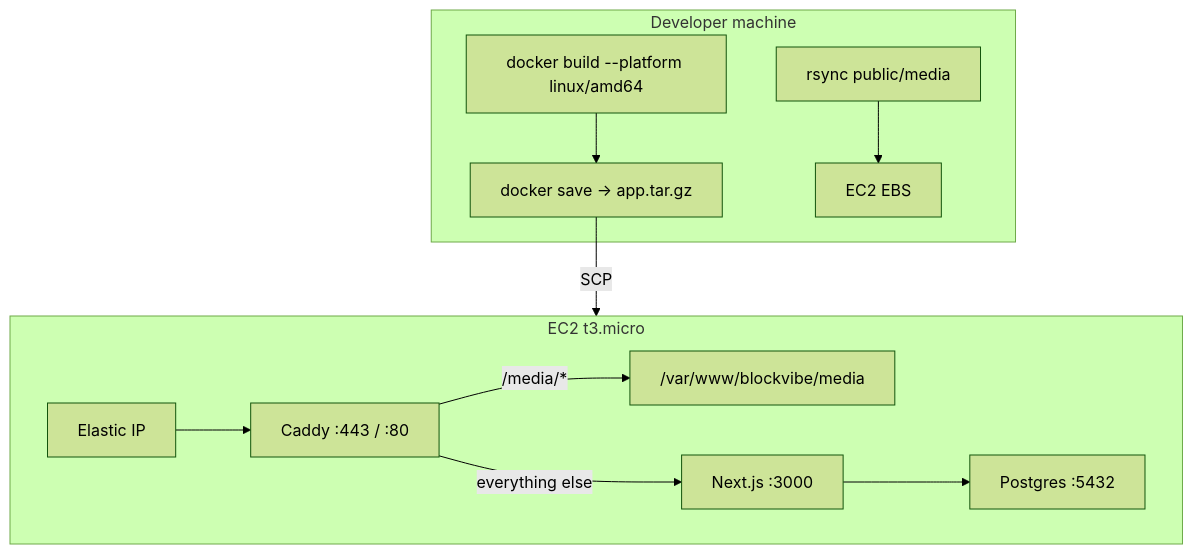
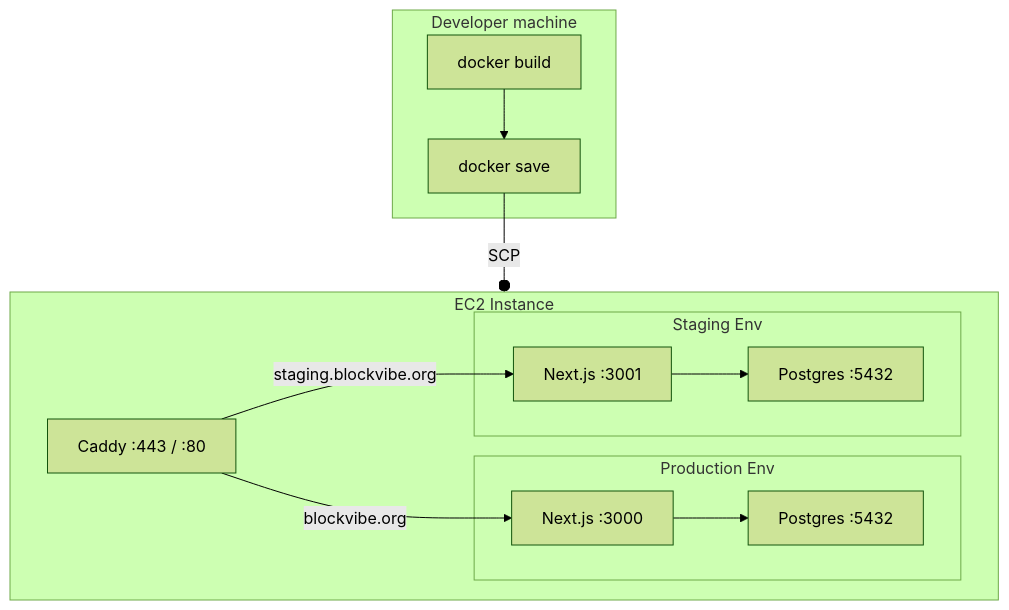
Before and after one commit to MyNeighborhod/blockvibe-monorepo: the first of 2 diagrams in apps/payload-web/docs/deployment/readme.md, drawn with Mermaid (forest theme). The commit also changed other lines of this file and 20 other files, not shown here.

````diff
--- a/apps/payload-web/docs/deployment/readme.md
+++ b/apps/payload-web/docs/deployment/readme.md
@@ -43,16 +69,23 @@
 ```mermaid
 graph TD
     subgraph Localhost ["Developer machine"]
-        A[docker build --platform linux/amd64] --> B[docker save → app.tar.gz]
-        C[rsync public/media] --> D[EC2 EBS]
+        A[docker build] --> B[docker save]
     end
 
-    subgraph AWS ["EC2 t3.micro"]
-        IP[Elastic IP] --> Caddy[Caddy :443 / :80]
-        Caddy -- "/media/*" --> Vol["/var/www/blockvibe/media"]
-        Caddy -- "everything else" --> Node[Next.js :3000]
-        Node --> Postgres[Postgres :5432]
+    subgraph AWS ["EC2 Instance"]
+        Caddy[Caddy :443 / :80]
+
+        subgraph Prod_Env ["Production Env"]
+            NodeProd[Next.js :3000] --> DBProd[Postgres :5432]
+        end
+
+        subgraph Staging_Env ["Staging Env"]
+            NodeStage[Next.js :3001] --> DBStage[Postgres :5432]
+        end
+
+        Caddy -- "blockvibe.org" --> NodeProd
+        Caddy -- "staging.blockvibe.org" --> NodeStage
     end
 
-    B -- SCP --> AWS
+    B -- SCP --o AWS
 ```
````
